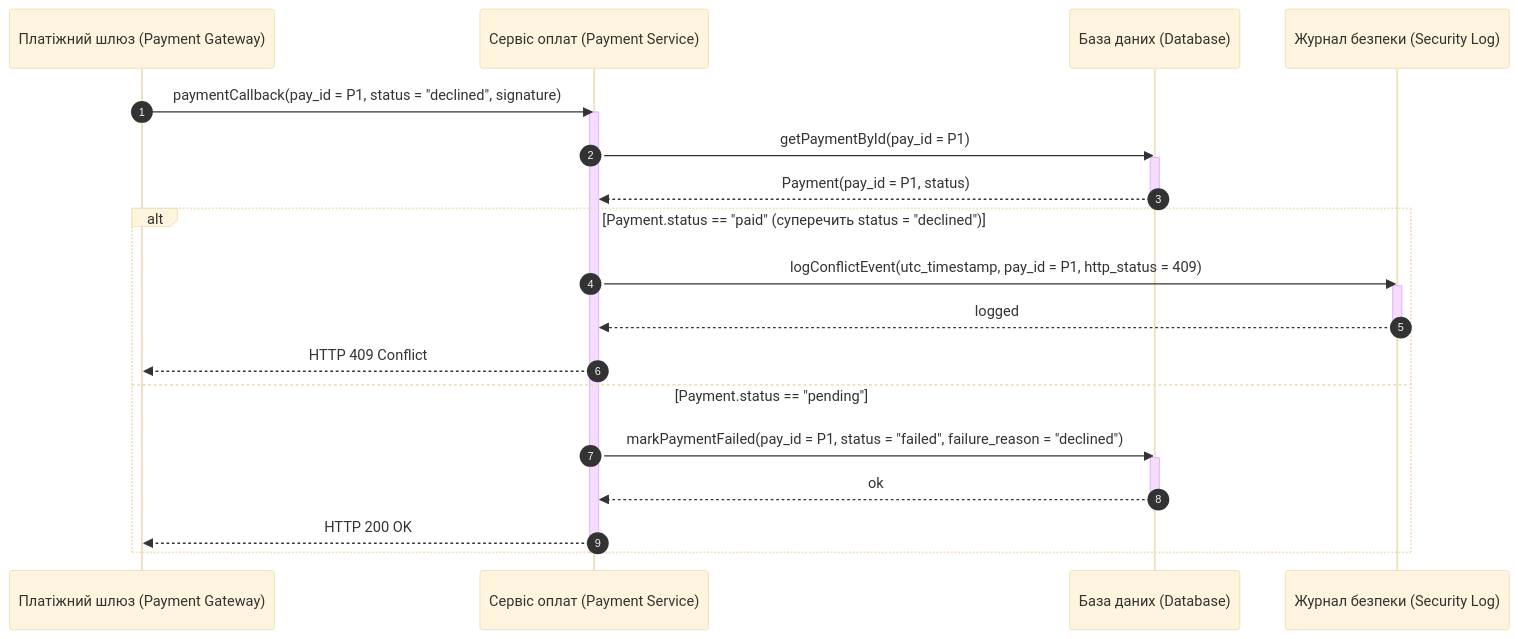
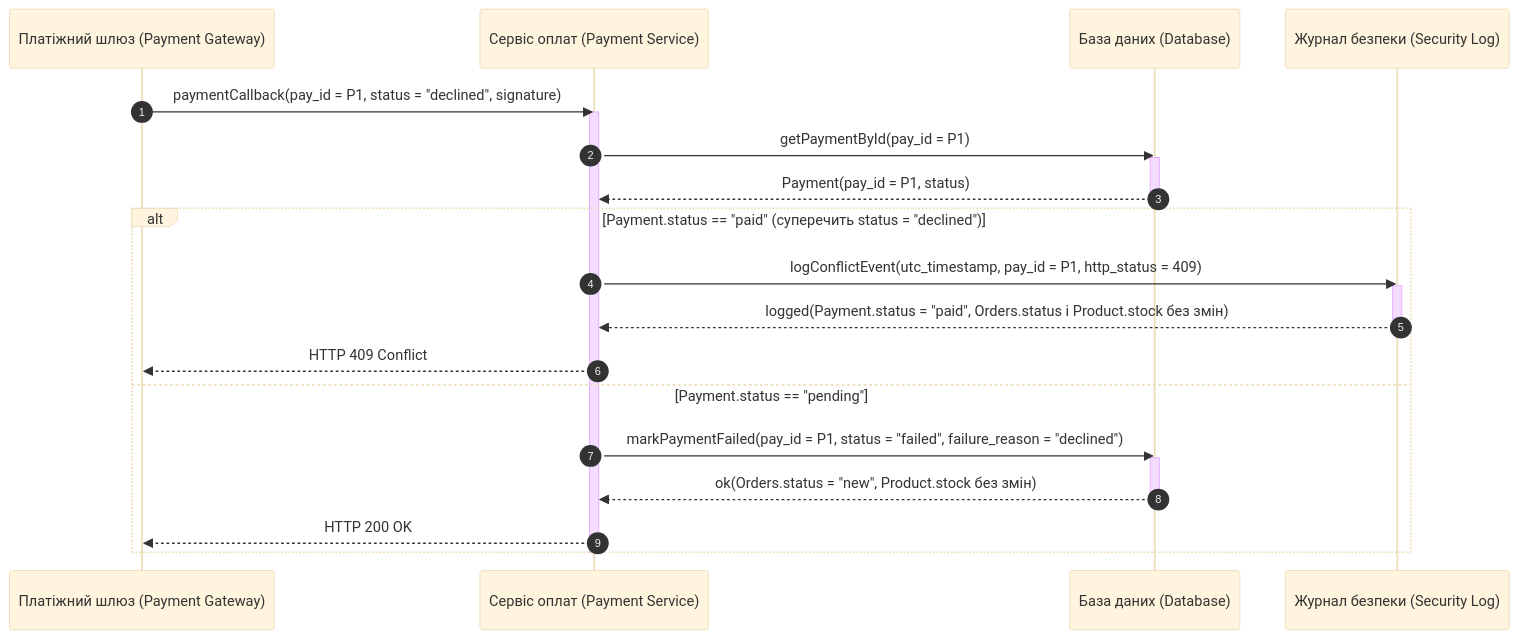
The eighth of 15 diagrams in Lab3/diagram.md (hutnichs/KPI_MAVPZ), drawn with Mermaid (base theme) before and after one commit. The commit also changed other lines of this file, not shown here.

````diff
--- a/Lab3/diagram.md
+++ b/Lab3/diagram.md
@@ -283,29 +297,29 @@
 ```mermaid
 sequenceDiagram
     autonumber
     participant PGW as Платіжний шлюз (Payment Gateway)
     participant PS as Сервіс оплат (Payment Service)
     participant DB as База даних (Database)
     participant SecLog as Журнал безпеки (Security Log)
 
     PGW->>PS: paymentCallback(pay_id = P1, status = "declined", signature)
     activate PS
     PS->>DB: getPaymentById(pay_id = P1)
     activate DB
     DB-->>PS: Payment(pay_id = P1, status)
     deactivate DB
     alt Payment.status == "paid" (суперечить status = "declined")
         PS->>SecLog: logConflictEvent(utc_timestamp, pay_id = P1, http_status = 409)
         activate SecLog
-        SecLog-->>PS: logged
+        SecLog-->>PS: logged(Payment.status = "paid", Orders.status і Product.stock без змін)
         deactivate SecLog
         PS-->>PGW: HTTP 409 Conflict
     else Payment.status == "pending"
         PS->>DB: markPaymentFailed(pay_id = P1, status = "failed", failure_reason = "declined")
         activate DB
-        DB-->>PS: ok
+        DB-->>PS: ok(Orders.status = "new", Product.stock без змін)
         deactivate DB
         PS-->>PGW: HTTP 200 OK
     end
     deactivate PS
 ```
````
